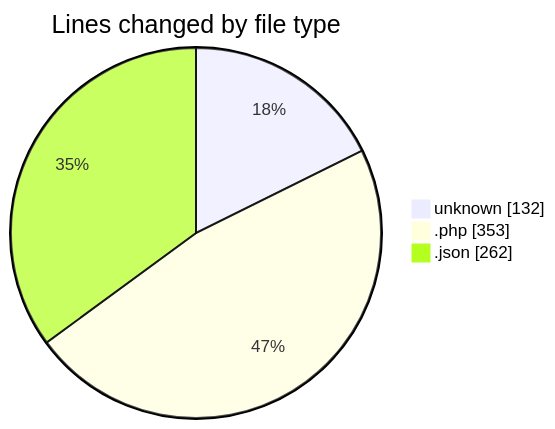
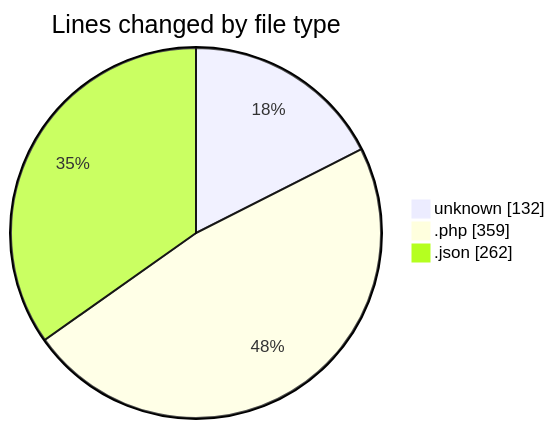
Before and after one commit to idhammustaqopulfikri/code-tracking: the first of 2 diagrams in 2025-11-13/futsal-recommender/README.md, drawn with Mermaid. The commit also changed other lines of this file and 1 other file, not shown here.

````diff
--- a/2025-11-13/futsal-recommender/README.md
+++ b/2025-11-13/futsal-recommender/README.md
@@ -27,7 +27,7 @@
 ```mermaid
 pie showData
 title Lines changed by file type
 "unknown" : 132
-".php" : 353
+".php" : 359
 ".json" : 262
 ```
````
